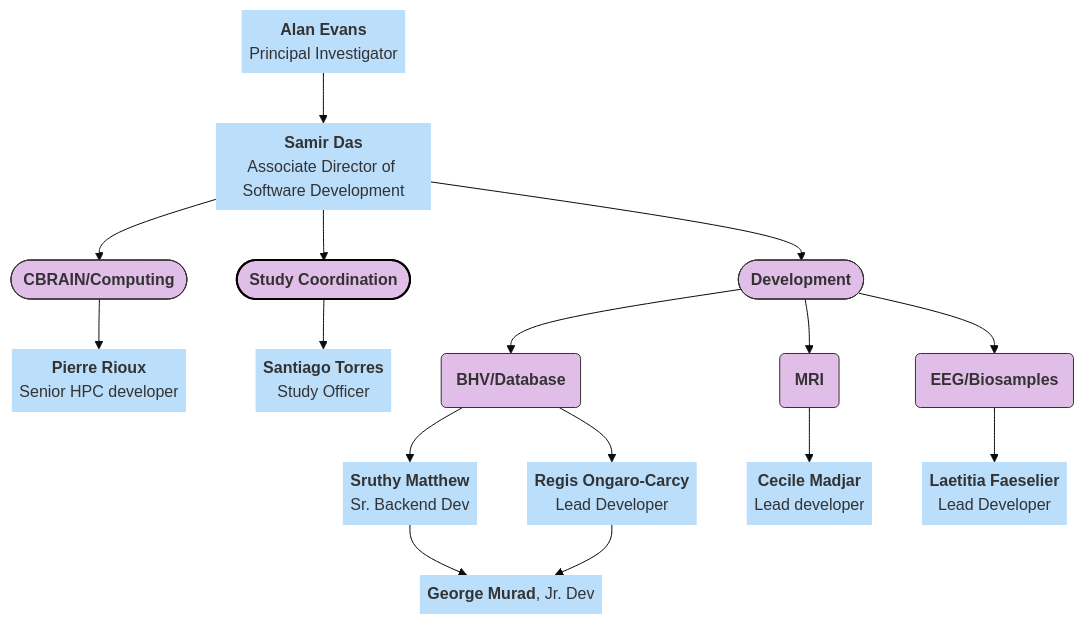
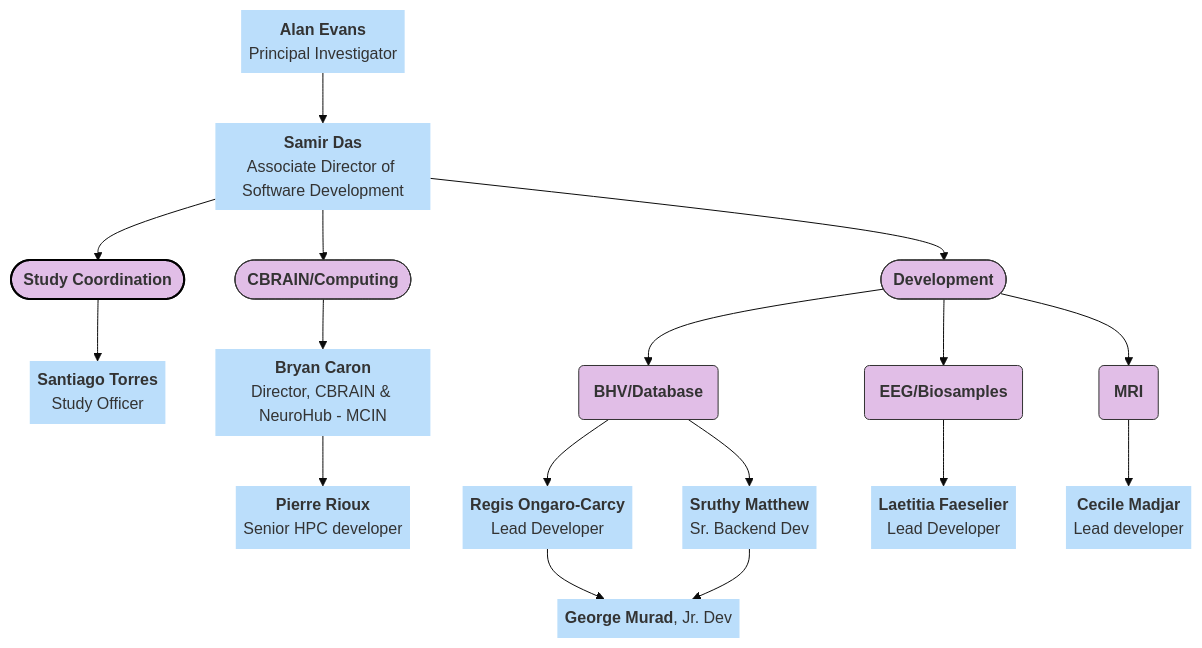
One commit to DCAN-Labs/hbcd-docs-internal changed the second of 5 diagrams in docs/orgcharts.md. Above: the diagram before and after it, drawn with Mermaid (base theme). The commit also changed other lines of this file, not shown here.

````diff
--- a/docs/orgcharts.md
+++ b/docs/orgcharts.md
@@ -74,53 +74,56 @@
 ```mermaid
 ---
 config:
   layout: dagre
 ---
 flowchart TB
     A["<b>Alan Evans</b><br>Principal Investigator"] --> nl["<b>Samir Das</b><br>Associate Director of Software Development"]
     nl --> n9(["<b>Study Coordination</b>"]) & C(["<b>CBRAIN/Computing</b><br>"]) & B(["<b>Development</b>"])
-    C --> D["<b>Pierre Rioux</b><br>Senior HPC developer"]
+    C --> n12["<b>Bryan Caron</b><br>Director, CBRAIN &amp; NeuroHub - MCIN"]
     n9 --> E["<b>Santiago Torres</b><br>Study Officer"]
     B --> F["<b>BHV/Database</b>"] & H["<b>EEG/Biosamples</b>"] & G["<b>MRI</b>"]
     F --> I["<b>Regis Ongaro-Carcy</b><br>Lead Developer"] & n10["<b>Sruthy Matthew</b><br>Sr. Backend Dev"]
     G --> L["<b>Cecile Madjar</b><br>Lead developer"]
     H --> M["<b>Laetitia Faeselier</b><br>Lead Developer"]
     n10 --> n11["<b>George Murad</b>, Jr. Dev"]
     I --> n11
+    n12 --> D["<b>Pierre Rioux</b><br>Senior HPC developer"]
     A@{ shape: text}
     nl@{ shape: text}
-    D@{ shape: text}
+    n12@{ shape: text}
     E@{ shape: text}
     F@{ shape: rounded}
     H@{ shape: rounded}
     G@{ shape: rounded}
     I@{ shape: text}
     n10@{ shape: text}
     L@{ shape: text}
     M@{ shape: text}
     n11@{ shape: text}
+    D@{ shape: text}
     style A stroke:#000000,fill:#BBDEFB
     style nl stroke:#000000,fill:#BBDEFB
     style n9 stroke:#000000,fill:#E1BEE7,stroke-width:2px,stroke-dasharray: 0
     style C stroke:#333,fill:#E1BEE7
     style B stroke:#333,fill:#E1BEE7
-    style D stroke:#333,fill:#BBDEFB
+    style n12 fill:#BBDEFB
     style E stroke:#333,fill:#BBDEFB
     style F stroke:#333,fill:#E1BEE7
     style H stroke:#333,fill:#E1BEE7
     style G stroke:#333,fill:#E1BEE7
     style I stroke:#333,fill:#BBDEFB
     style n10 fill:#BBDEFB
     style L stroke:#000000,fill:#BBDEFB
     style M fill:#BBDEFB,stroke:#000000
     style n11 fill:#BBDEFB
+    style D stroke:#333,fill:#BBDEFB
     click A "#evans"
     click nl "#das"
-    click D "#rioux"
     click E "#torres"
+    click I "#ongaro-carcy"
     click n10 "#matthew"
-    click I "#ongaro-carcy"
-    click n11 "#murad"
     click L "#madjar"
     click M "#faeselier"
+    click n11 "#murad"
+    click D "#rioux"
 ```
````
